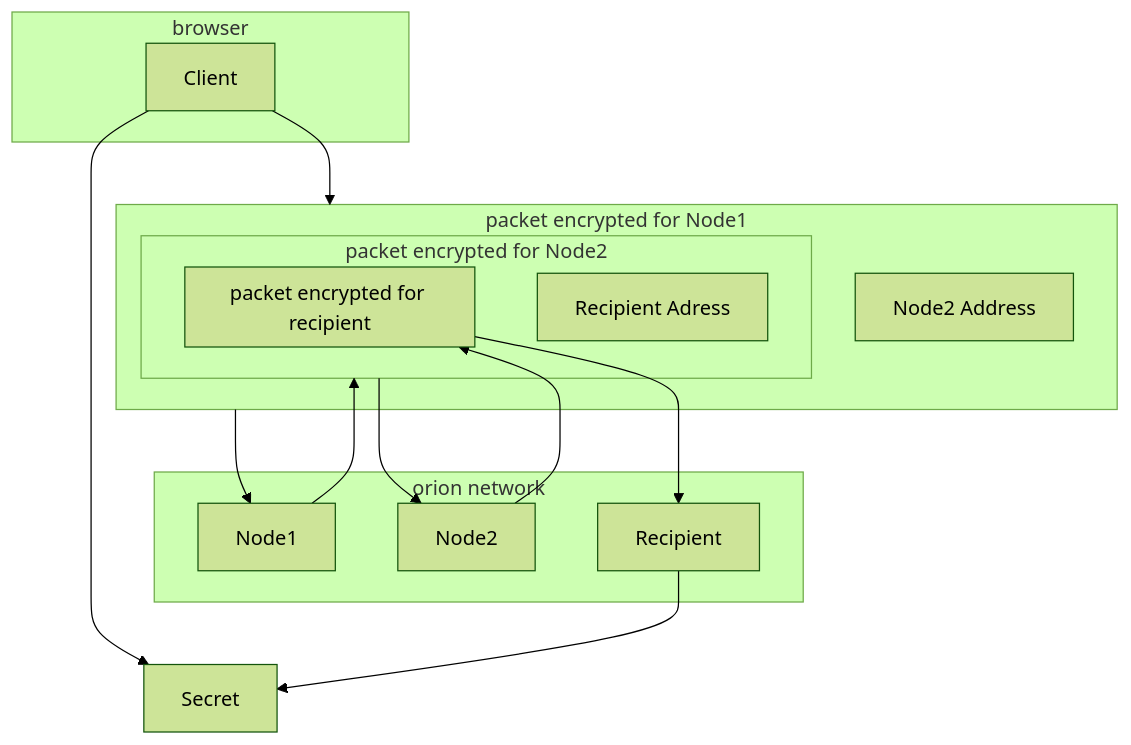
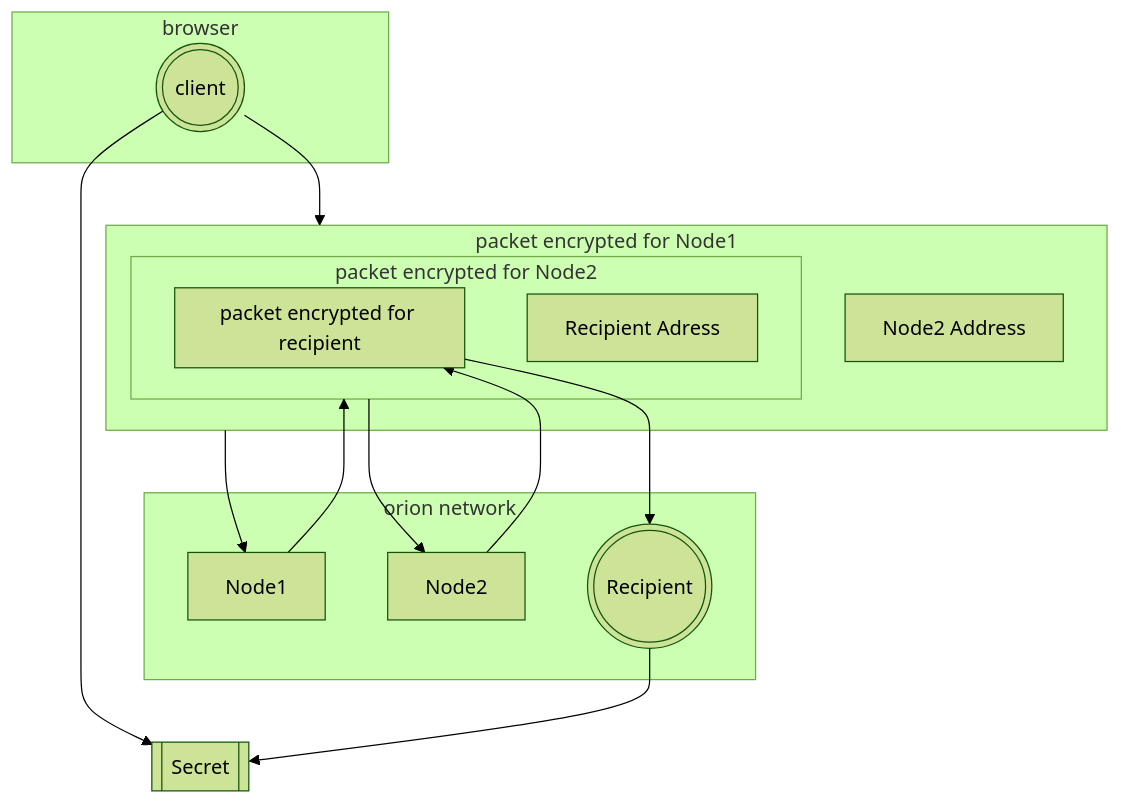
The second of 8 diagrams in whitepaper/src/chapter_1.md (jakubDoka/orion-network), drawn with Mermaid (forest theme) before and after one commit. The commit also changed other lines of this file and 3 other files, not shown here.

````diff
--- a/whitepaper/src/chapter_1.md
+++ b/whitepaper/src/chapter_1.md
@@ -40,25 +40,25 @@
 ```mermaid
 flowchart TB
     subgraph browser
-        Client
+        Client(((client)))
     end
 
     subgraph "orion network"
         Node1
         Node2
-        Recipient
+        Recipient(((Recipient)))
     end
 
     subgraph pfn1["packet encrypted for Node1"]
         na2["Node2 Address"]
         subgraph pfn2["packet encrypted for Node2"]
             na3["Recipient Adress"]
             subgraph pfr["packet encrypted for recipient"]
             end
         end
     end
 
     Client --> pfn1 --> Node1 --> pfn2 --> Node2 --> pfr --> Recipient
     Client --> Secret
-    Recipient --> Secret
+    Recipient --> Secret[[Secret]]
 ```
````
